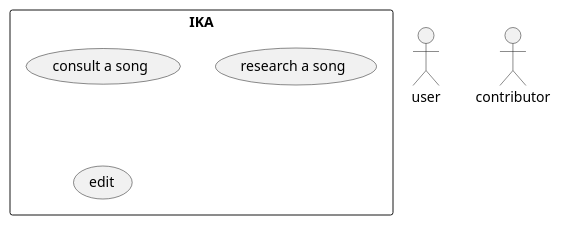
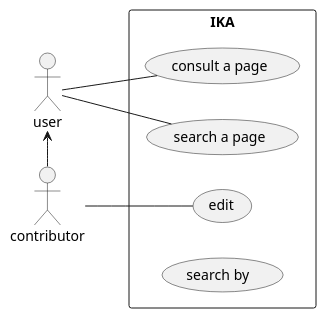
One commit to Alexandreplot/IKA changed the diagram in UseCase.pu. Above: the diagram before and after it, drawn with PlantUML.

Commit message:
on a mit le bousin dans l'ordre (UC diagrame)

```diff
--- a/UseCase.pu
+++ b/UseCase.pu
@@ -1,13 +1,24 @@
 @startuml
-'declaration of the actors
-actor user
-actor contributor
 
-'declaration of the use cases
-rectangle IKA{
-(consult a song)
-(research a song)
-(edit)
+  'order of the actor in the diagram
+  left to right direction
 
-}
+  'declaration of the actors
+  actor user
+  actor contributor
+
+  'declaration of the use cases
+  rectangle IKA{
+      (consult a page) as consult
+      (search a page) as search
+      (edit)
+      (search by )
+    }
+
+  'links
+  user <- contributor
+
+  user -- consult
+  user -- search
+  contributor -- edit
 @enduml
```
